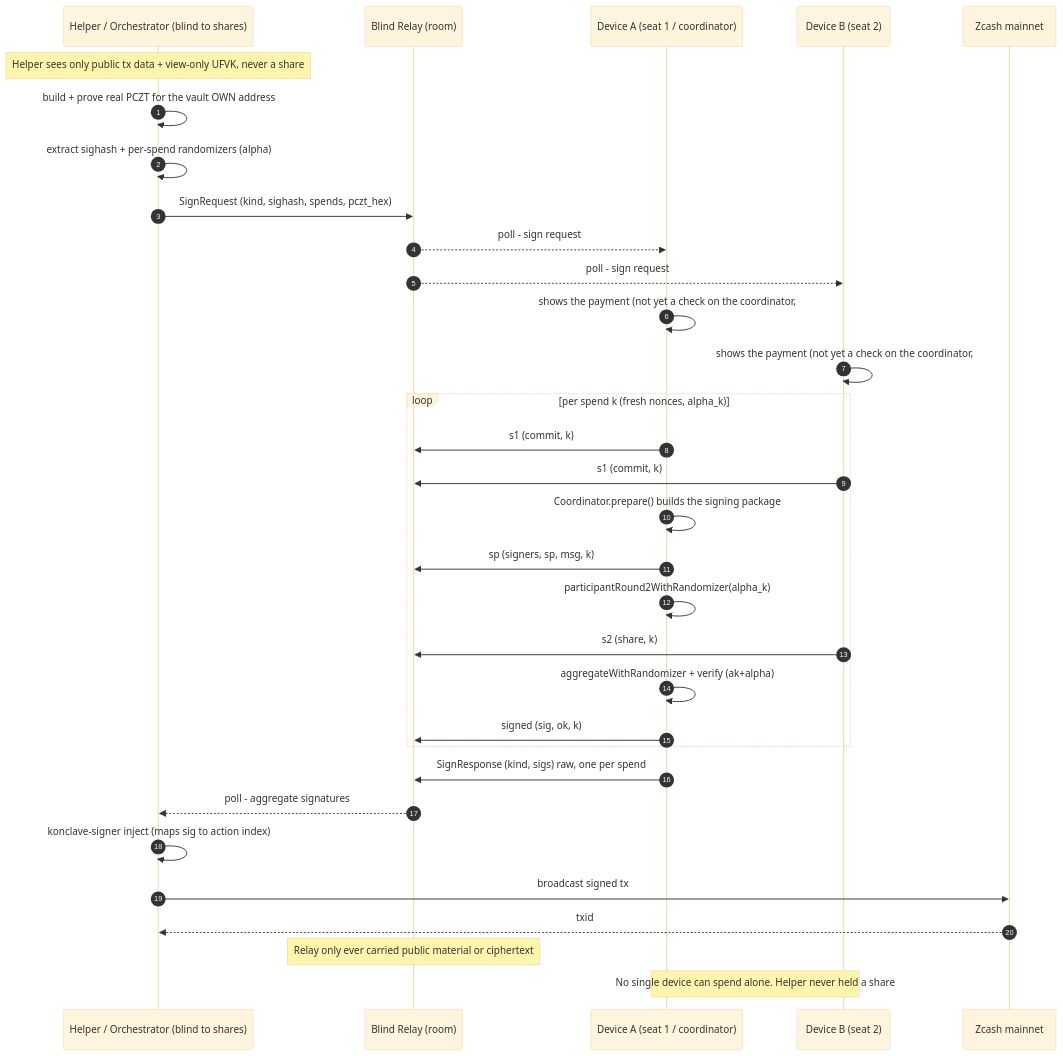
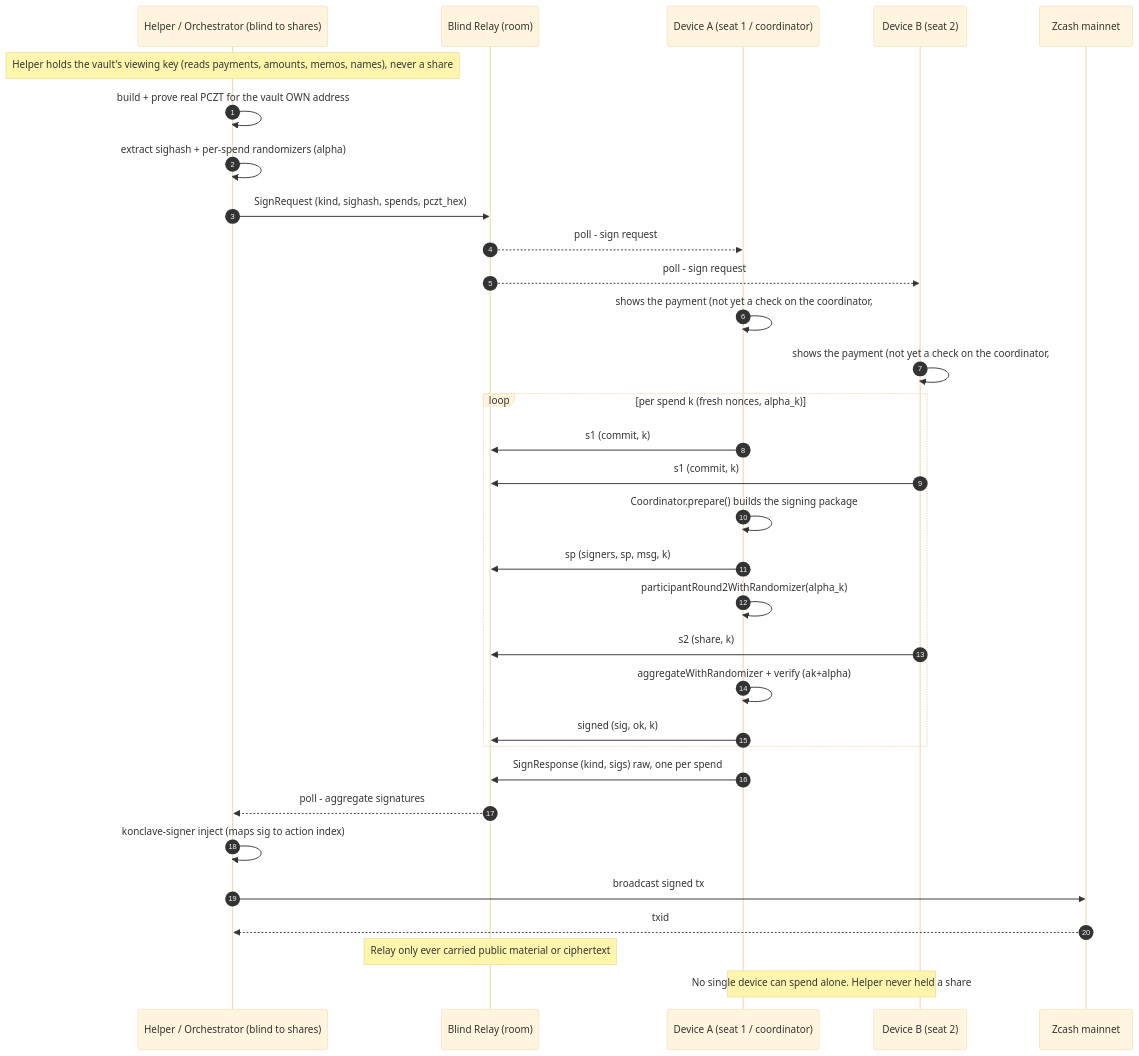
One commit to deegalabs/konclave changed the seventh of 7 diagrams in docs/GUIDE.md. Above: the diagram before and after it, drawn with Mermaid (base theme). The commit also changed other lines of this file and 13 other files, not shown here.

````diff
--- a/docs/GUIDE.md
+++ b/docs/GUIDE.md
@@ -582,37 +582,37 @@
 ```mermaid
 sequenceDiagram
     autonumber
     participant H as Helper / Orchestrator (blind to shares)
     participant BR as Blind Relay (room)
     participant DA as Device A (seat 1 / coordinator)
     participant DB as Device B (seat 2)
     participant Z as Zcash mainnet
 
-    Note over H: Helper sees only public tx data + view-only UFVK, never a share
+    Note over H: Helper holds the vault's viewing key (reads payments, amounts, memos, names), never a share
     H->>H: build + prove real PCZT for the vault OWN address
     H->>H: extract sighash + per-spend randomizers (alpha)
     H->>BR: SignRequest (kind, sighash, spends, pczt_hex)
     BR-->>DA: poll - sign request
     BR-->>DB: poll - sign request
 
     DA->>DA: shows the payment (not yet a check on the coordinator, #610)
     DB->>DB: shows the payment (not yet a check on the coordinator, #610)
     loop per spend k (fresh nonces, alpha_k)
         DA->>BR: s1 (commit, k)
         DB->>BR: s1 (commit, k)
         DA->>DA: Coordinator.prepare() builds the signing package
         DA->>BR: sp (signers, sp, msg, k)
         DA->>DA: participantRound2WithRandomizer(alpha_k)
         DB->>BR: s2 (share, k)
         DA->>DA: aggregateWithRandomizer + verify (ak+alpha)
         DA->>BR: signed (sig, ok, k)
     end
 
     DA->>BR: SignResponse (kind, sigs) raw, one per spend
     BR-->>H: poll - aggregate signatures
     H->>H: konclave-signer inject (maps sig to action index)
     H->>Z: broadcast signed tx
     Z-->>H: txid
     Note over BR: Relay only ever carried public material or ciphertext
     Note over DA,DB: No single device can spend alone. Helper never held a share
 ```
````
